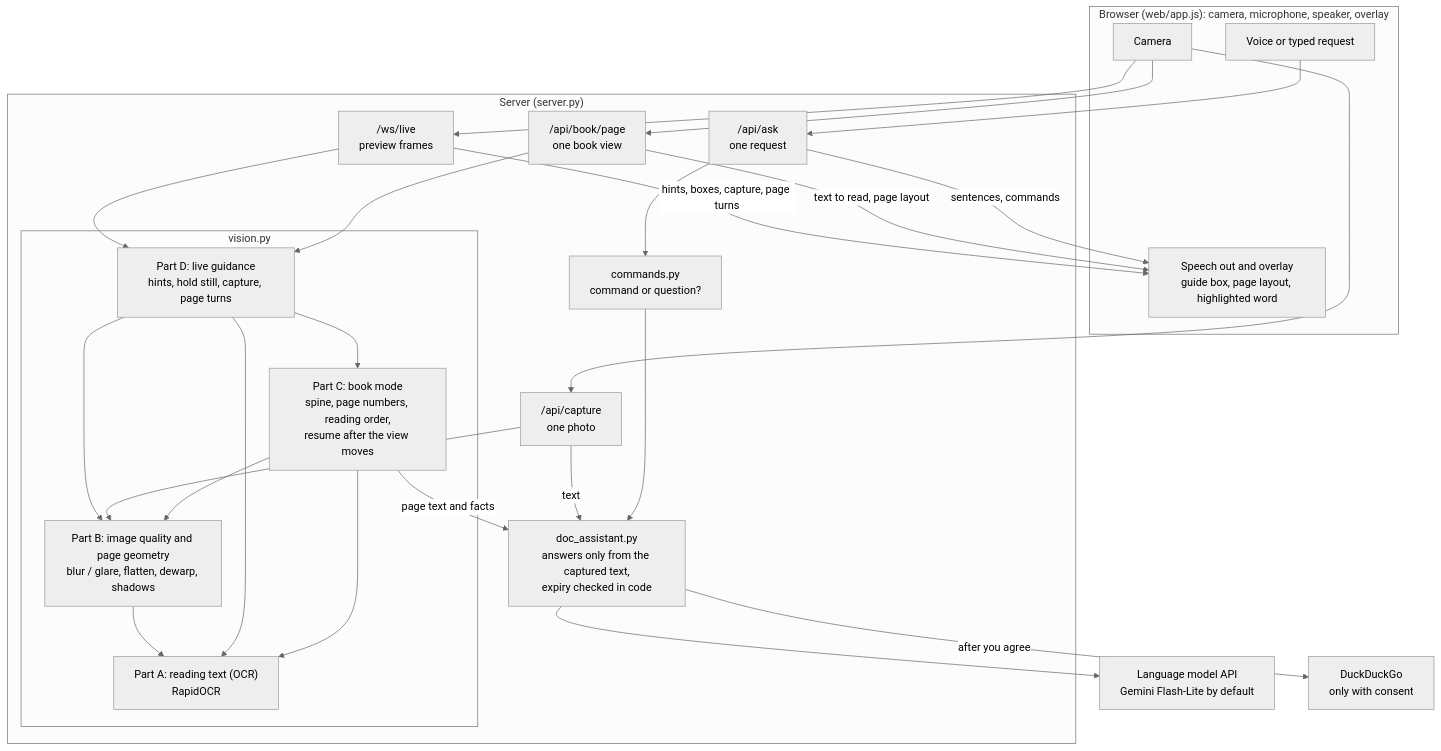
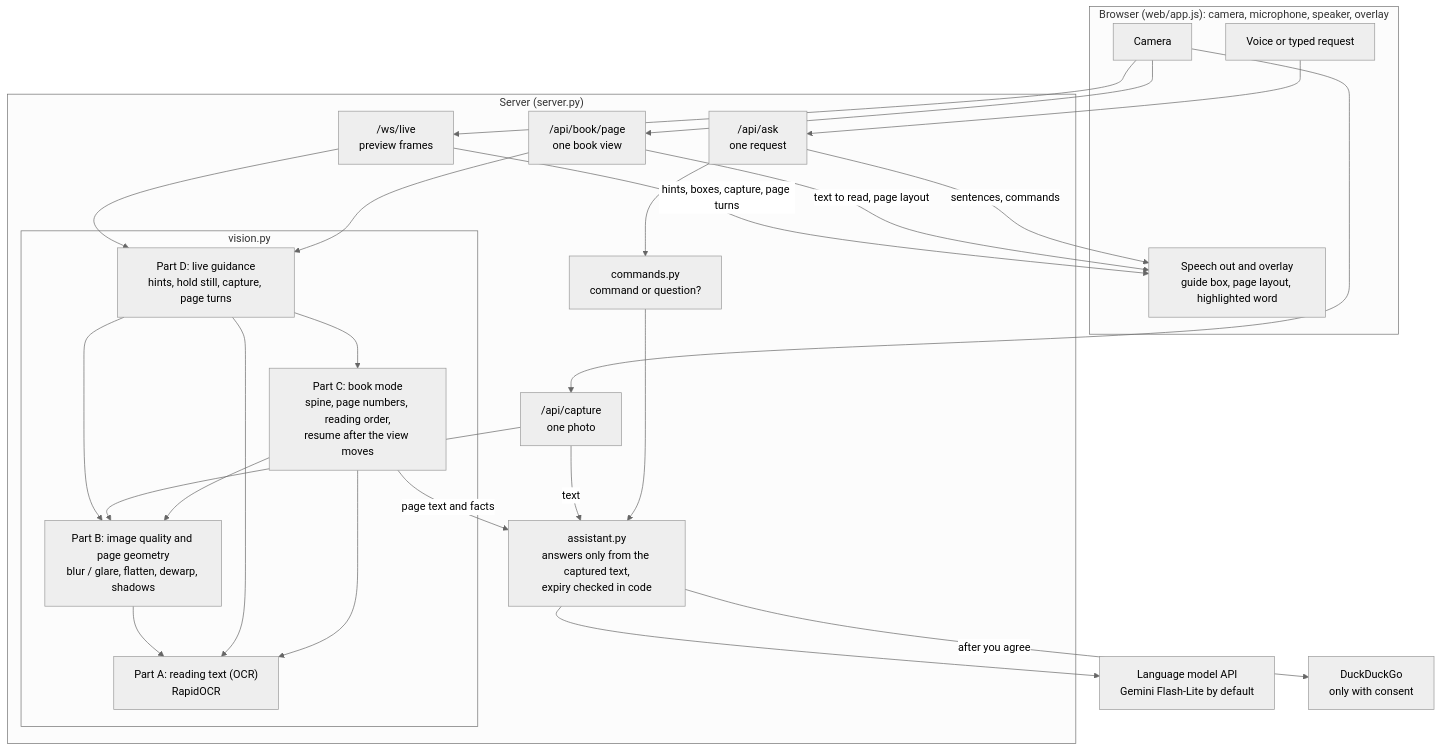
One commit to neerajprao/Helping_Eyes-main changed the first of 2 diagrams in README.md. Above: the diagram before and after it, drawn with Mermaid (neutral theme). The commit also changed other lines of this file and 11 other files, not shown here.

````diff
--- a/README.md
+++ b/README.md
@@ -77,53 +77,53 @@
 ```mermaid
 flowchart TB
     subgraph BR["Browser (web/app.js): camera, microphone, speaker, overlay"]
         CAM[Camera]
         MIC[Voice or typed request]
         OUT[Speech out and overlay<br/>guide box, page layout, highlighted word]
     end
 
     subgraph SV["Server (server.py)"]
         WS["/ws/live<br/>preview frames"]
         CAP["/api/capture<br/>one photo"]
         BK["/api/book/page<br/>one book view"]
         ASK["/api/ask<br/>one request"]
         CMD["commands.py<br/>command or question?"]
 
         subgraph VIS["vision.py"]
             LIVE["Part D: live guidance<br/>hints, hold still, capture, page turns"]
             BOOKM["Part C: book mode<br/>spine, page numbers, reading order,<br/>resume after the view moves"]
             QUAL["Part B: image quality and page geometry<br/>blur / glare, flatten, dewarp, shadows"]
             OCRP["Part A: reading text (OCR)<br/>RapidOCR"]
         end
 
-        DA["doc_assistant.py<br/>answers only from the captured text,<br/>expiry checked in code"]
+        DA["assistant.py<br/>answers only from the captured text,<br/>expiry checked in code"]
     end
 
     LLM[Language model API<br/>Gemini Flash-Lite by default]
     WEB[DuckDuckGo<br/>only with consent]
 
     CAM --> WS
     CAM --> CAP
     CAM --> BK
     MIC --> ASK
 
     WS --> LIVE
     BK --> LIVE
     LIVE --> BOOKM
     LIVE --> QUAL
     CAP --> QUAL
     BOOKM --> QUAL
     QUAL --> OCRP
     LIVE --> OCRP
     BOOKM --> OCRP
     BOOKM -- page text and facts --> DA
     CAP -- text --> DA
     ASK --> CMD
     CMD --> DA
     DA --> LLM
     DA -- after you agree --> WEB
 
     WS -- hints, boxes, capture, page turns --> OUT
     BK -- text to read, page layout --> OUT
     ASK -- sentences, commands --> OUT
 ```
````
